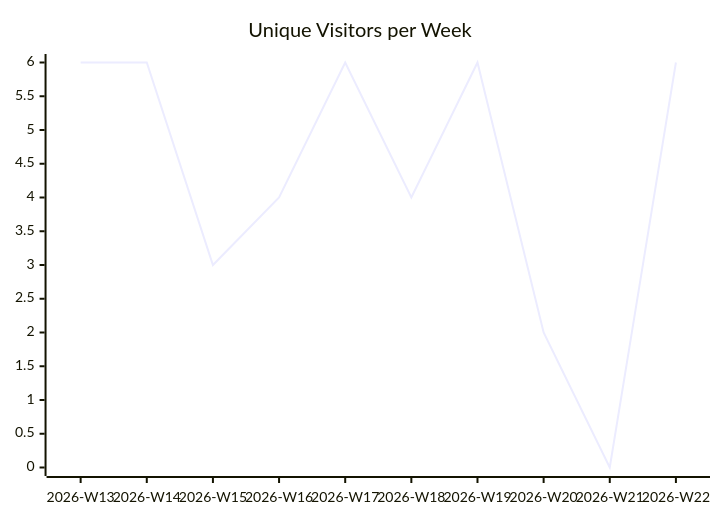
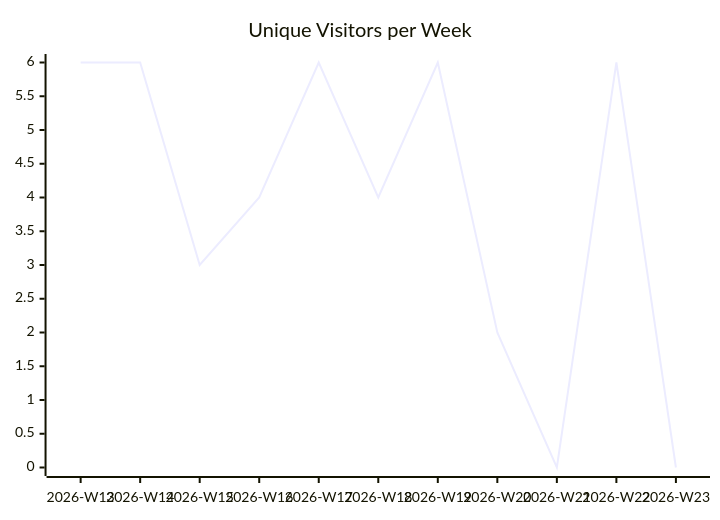
The first of 3 diagrams in karlmdavis/ksoap2-android/README.md (justdavis-family/github-analytics-data), drawn with Mermaid before and after one commit. The commit also changed other lines of this file and 186 other files, not shown here.

````diff
--- a/karlmdavis/ksoap2-android/README.md
+++ b/karlmdavis/ksoap2-android/README.md
@@ -5,6 +5,6 @@
 ```mermaid
 xychart-beta
   title "Unique Visitors per Week"
-  x-axis ["2026-W13", "2026-W14", "2026-W15", "2026-W16", "2026-W17", "2026-W18", "2026-W19", "2026-W20", "2026-W21", "2026-W22"]
-  line [6, 6, 3, 4, 6, 4, 6, 2, 0, 6]
+  x-axis ["2026-W13", "2026-W14", "2026-W15", "2026-W16", "2026-W17", "2026-W18", "2026-W19", "2026-W20", "2026-W21", "2026-W22", "2026-W23"]
+  line [6, 6, 3, 4, 6, 4, 6, 2, 0, 6, 0]
 ```
````
